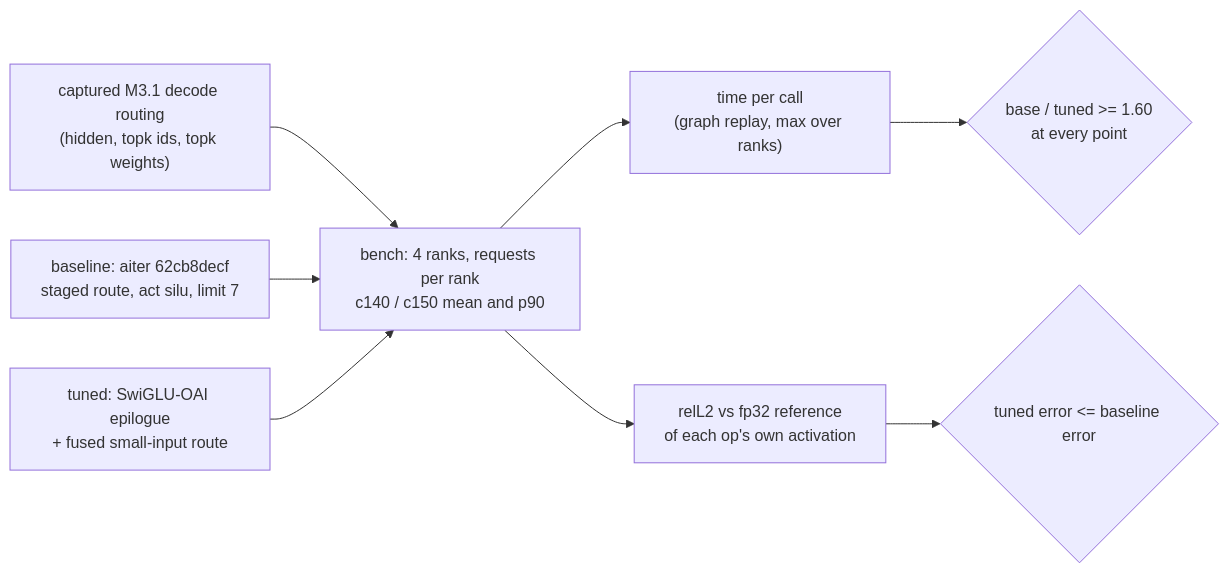
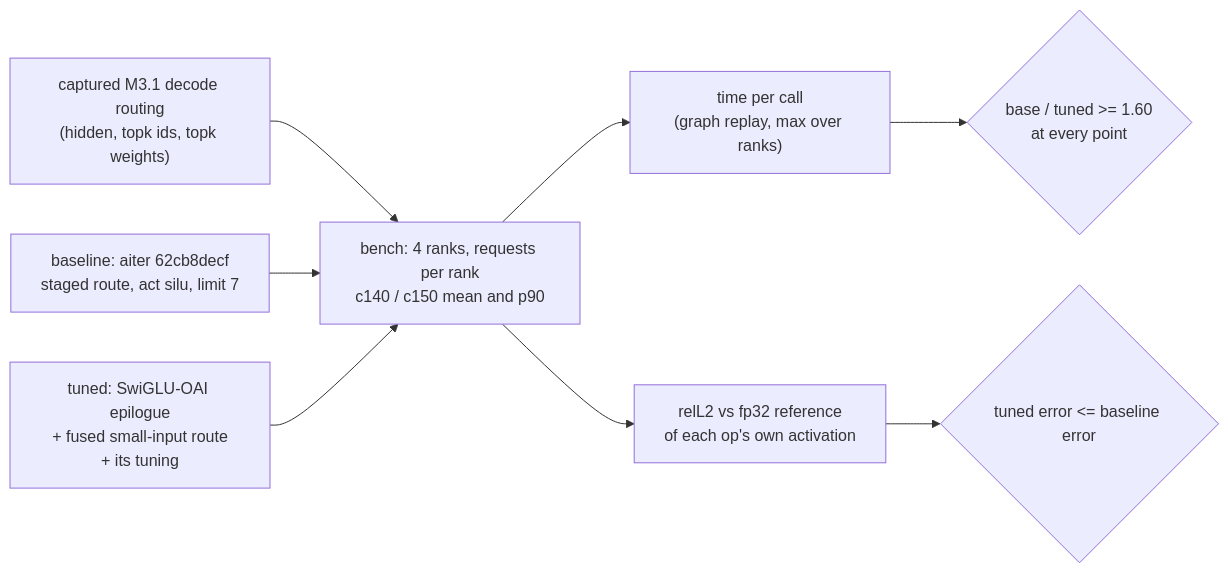
One commit to MengqingCao/ATOM changed the first of 3 diagrams in docs/m31_decode_megamoe_design.md. Above: the diagram before and after it, drawn with Mermaid. The commit also changed other lines of this file, not shown here.

````diff
--- a/docs/m31_decode_megamoe_design.md
+++ b/docs/m31_decode_megamoe_design.md
@@ -25,10 +25,10 @@
 ```mermaid
 flowchart LR
   cap["captured M3.1 decode routing<br/>(hidden, topk ids, topk weights)"] --> bench["bench: 4 ranks, requests per rank<br/>c140 / c150 mean and p90"]
   base["baseline: aiter 62cb8decf<br/>staged route, act silu, limit 7"] --> bench
-  tuned["tuned: SwiGLU-OAI epilogue<br/>+ fused small-input route"] --> bench
+  tuned["tuned: SwiGLU-OAI epilogue<br/>+ fused small-input route<br/>+ its tuning"] --> bench
   bench --> t["time per call<br/>(graph replay, max over ranks)"]
   bench --> e["relL2 vs fp32 reference<br/>of each op's own activation"]
   t --> ok{"base / tuned >= 1.60<br/>at every point"}
   e --> ok2{"tuned error <= baseline error"}
 ```
````
